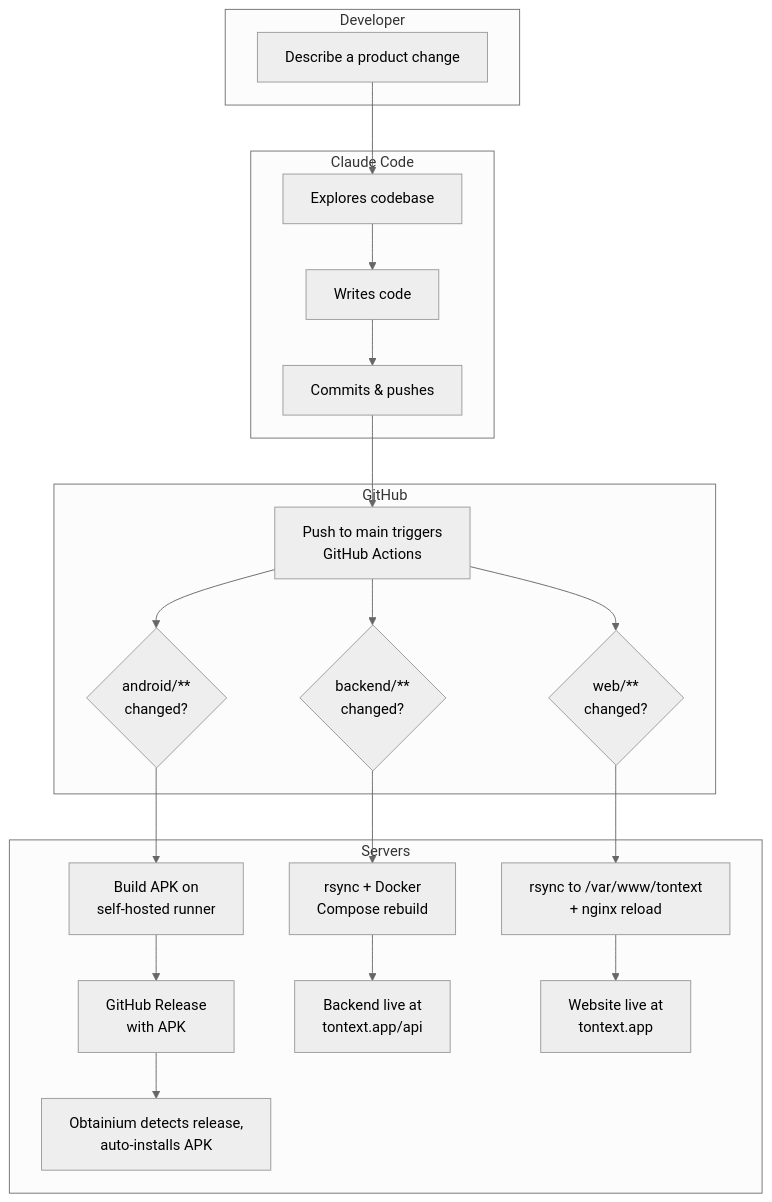
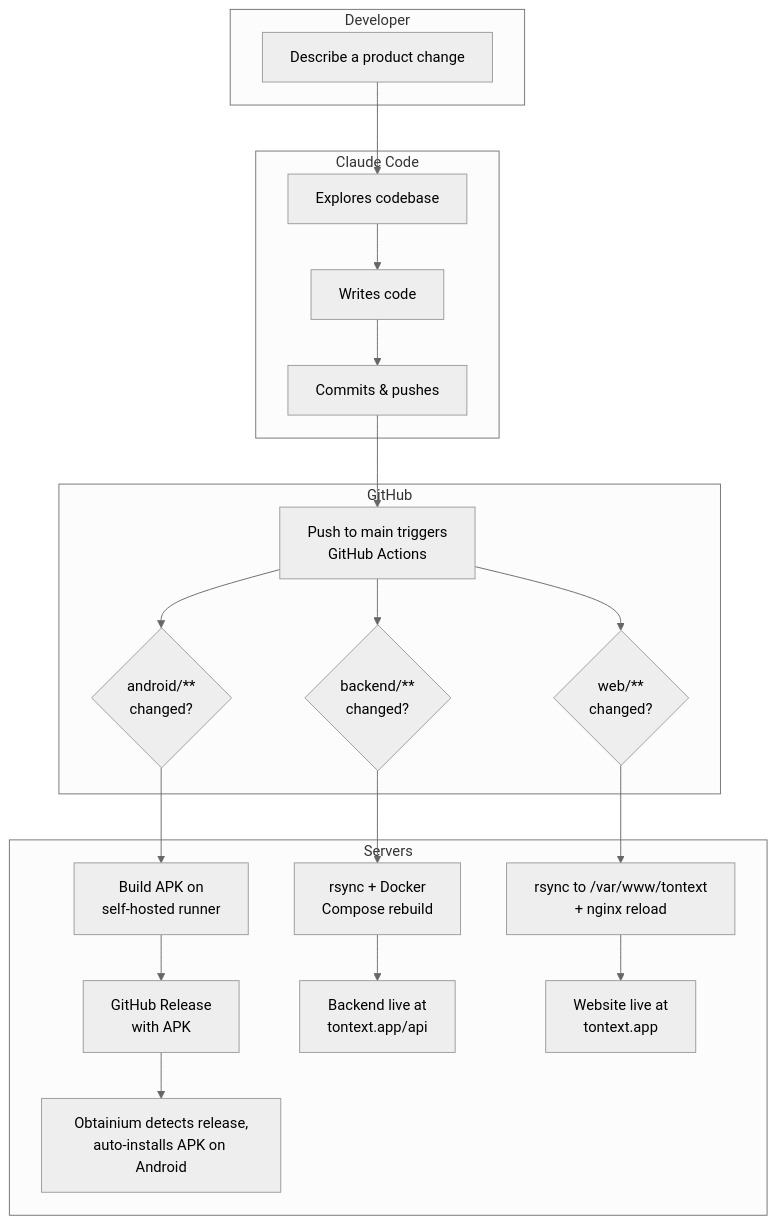
One commit to inaplay/tontext-android changed the diagram in README.md. Above: the diagram before and after it, drawn with Mermaid (neutral theme).

Commit message:
Clarify Obtainium installs APK on Android

````diff
--- a/README.md
+++ b/README.md
@@ -24,42 +24,42 @@
 ```mermaid
 graph TD
     subgraph Developer
         A[Describe a product change]
     end
 
     subgraph Claude_Code [Claude Code]
         B[Explores codebase]
         C[Writes code]
         D[Commits & pushes]
     end
 
     subgraph GitHub
         E[Push to main triggers<br/>GitHub Actions]
         F1{android/**<br/>changed?}
         F2{backend/**<br/>changed?}
         F3{web/**<br/>changed?}
     end
 
     subgraph Servers
         G1[Build APK on<br/>self-hosted runner]
         G2[rsync + Docker<br/>Compose rebuild]
         G3[rsync to /var/www/tontext<br/>+ nginx reload]
         H1[GitHub Release<br/>with APK]
         H2[Backend live at<br/>tontext.app/api]
         H3[Website live at<br/>tontext.app]
-        I1[Obtainium detects release,<br/>auto-installs APK]
+        I1[Obtainium detects release,<br/>auto-installs APK on Android]
     end
 
     A --> B
     B --> C
     C --> D
     D --> E
 
     E --> F1
     E --> F2
     E --> F3
 
     F1 --> G1 --> H1 --> I1
     F2 --> G2 --> H2
     F3 --> G3 --> H3
 ```
````
